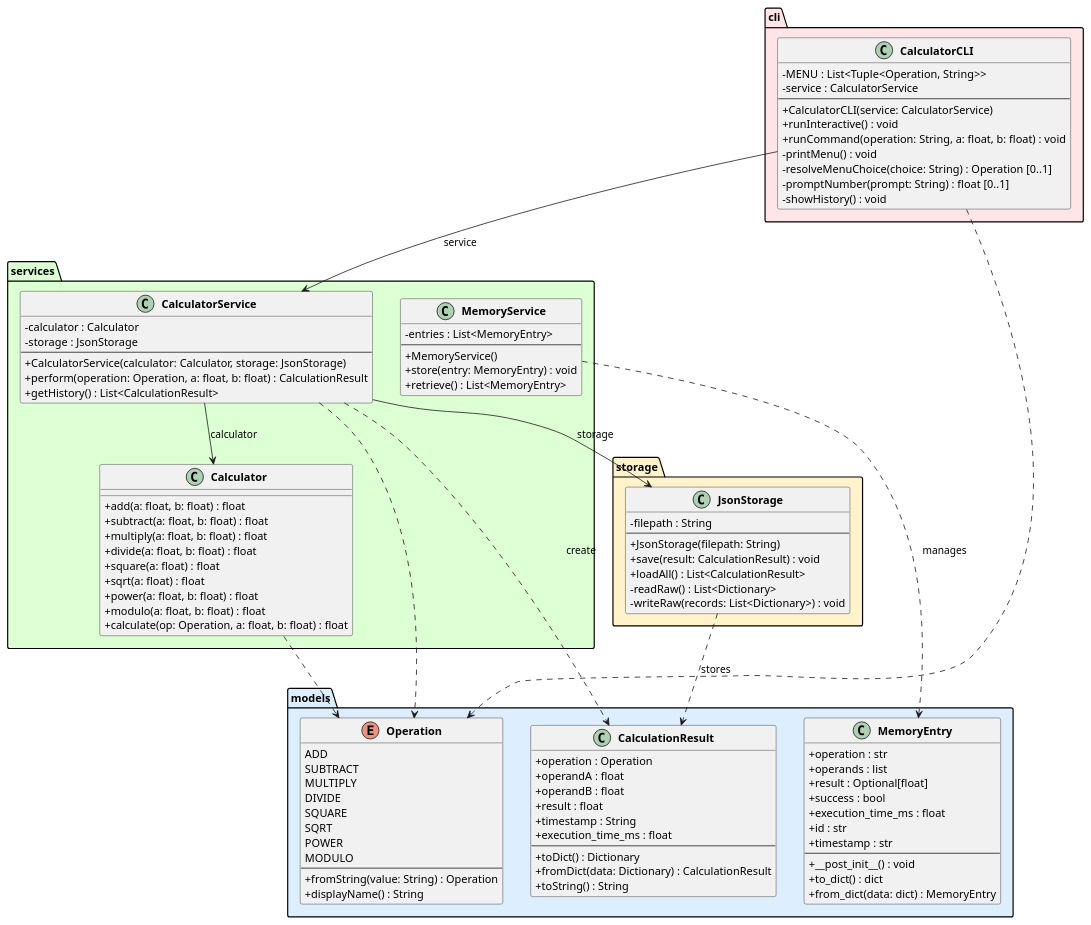
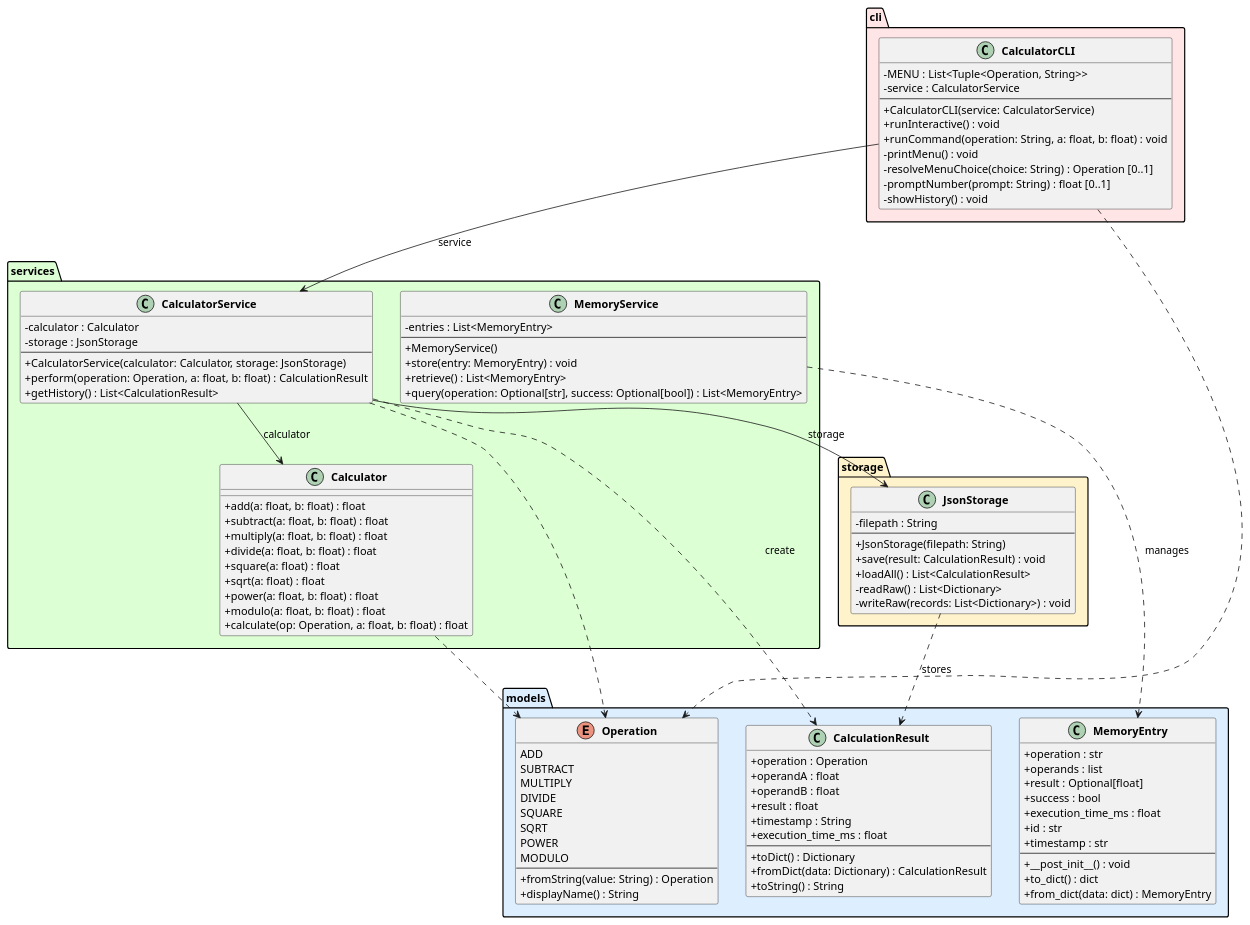
One commit to DanielRiha8906/Software_autoevolution_using_agents changed the diagram in experiments/supervisor_as_tools/test_driven/calculator/artifacts/class_diagram.puml. Above: the diagram before and after it, drawn with PlantUML. The commit also changed 5 other files, not shown here.

First line of the commit message:
Task 05: Add query filtering to MemoryService

```diff
--- a/experiments/supervisor_as_tools/test_driven/calculator/artifacts/class_diagram.puml
+++ b/experiments/supervisor_as_tools/test_driven/calculator/artifacts/class_diagram.puml
@@ -1,118 +1,119 @@
 @startuml class_diagram
 
 skinparam classAttributeIconSize 0
 skinparam classFontStyle bold
 
 package "models" #DDEEFF {
     enum Operation {
         ADD
         SUBTRACT
         MULTIPLY
         DIVIDE
         SQUARE
         SQRT
         POWER
         MODULO
         --
         +fromString(value: String) : Operation
         +displayName() : String
     }
 
     class CalculationResult {
         +operation : Operation
         +operandA : float
         +operandB : float
         +result : float
         +timestamp : String
         +execution_time_ms : float
         --
         +toDict() : Dictionary
         +fromDict(data: Dictionary) : CalculationResult
         +toString() : String
     }
 
     class MemoryEntry {
         +operation : str
         +operands : list
         +result : Optional[float]
         +success : bool
         +execution_time_ms : float
         +id : str
         +timestamp : str
         --
         +__post_init__() : void
         +to_dict() : dict
         +from_dict(data: dict) : MemoryEntry
     }
 }
 
 package "services" #DDFFD4 {
     class Calculator {
         +add(a: float, b: float) : float
         +subtract(a: float, b: float) : float
         +multiply(a: float, b: float) : float
         +divide(a: float, b: float) : float
         +square(a: float) : float
         +sqrt(a: float) : float
         +power(a: float, b: float) : float
         +modulo(a: float, b: float) : float
         +calculate(op: Operation, a: float, b: float) : float
     }
 
     class CalculatorService {
         -calculator : Calculator
         -storage : JsonStorage
         --
         +CalculatorService(calculator: Calculator, storage: JsonStorage)
         +perform(operation: Operation, a: float, b: float) : CalculationResult
         +getHistory() : List<CalculationResult>
     }
 
     class MemoryService {
         -entries : List<MemoryEntry>
         --
         +MemoryService()
         +store(entry: MemoryEntry) : void
         +retrieve() : List<MemoryEntry>
+        +query(operation: Optional[str], success: Optional[bool]) : List<MemoryEntry>
     }
 }
 
 package "storage" #FFF3CC {
     class JsonStorage {
         -filepath : String
         --
         +JsonStorage(filepath: String)
         +save(result: CalculationResult) : void
         +loadAll() : List<CalculationResult>
         -readRaw() : List<Dictionary>
         -writeRaw(records: List<Dictionary>) : void
     }
 }
 
 package "cli" #FFE5E5 {
     class CalculatorCLI {
         -MENU : List<Tuple<Operation, String>>
         -service : CalculatorService
         --
         +CalculatorCLI(service: CalculatorService)
         +runInteractive() : void
         +runCommand(operation: String, a: float, b: float) : void
         -printMenu() : void
         -resolveMenuChoice(choice: String) : Operation [0..1]
         -promptNumber(prompt: String) : float [0..1]
         -showHistory() : void
     }
 }
 
 CalculatorCLI --> CalculatorService : service
 CalculatorService --> Calculator : calculator
 CalculatorService --> JsonStorage : storage
 
 CalculatorService ..> CalculationResult : create
 CalculatorService ..> Operation
 CalculatorCLI ..> Operation
 Calculator ..> Operation
 JsonStorage ..> CalculationResult : stores
 MemoryService ..> MemoryEntry : manages
 
 @enduml
```
